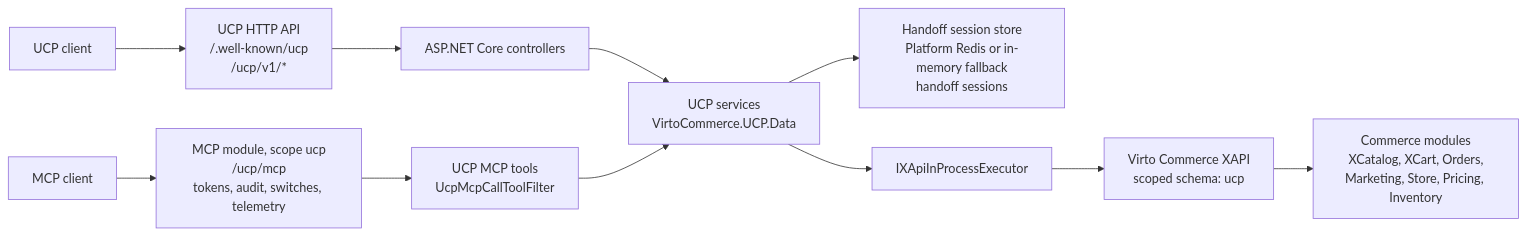
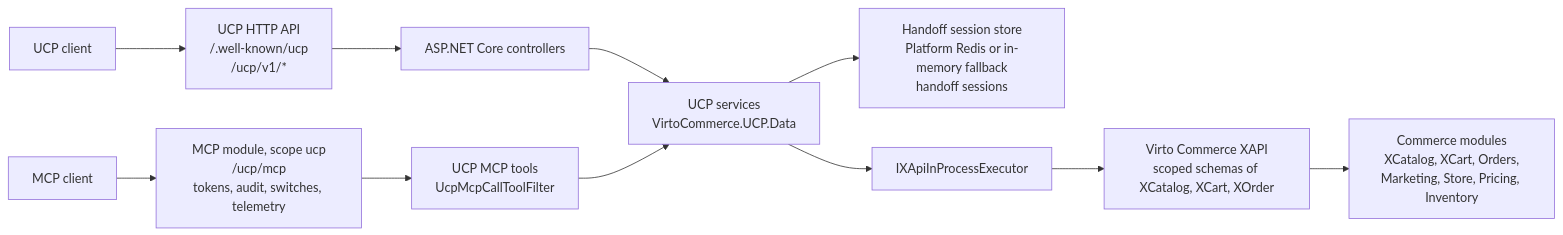
Before and after one commit to VirtoCommerce/vc-module-ucp: the second of 2 diagrams in README.md, drawn with Mermaid. The commit also changed other lines of this file and 20 other files, not shown here.

````diff
--- a/README.md
+++ b/README.md
@@ -511,25 +509,25 @@
 ```mermaid
 flowchart LR
     Client["UCP client"]
     McpClient["MCP client"]
     UcpHttp["UCP HTTP API<br/>/.well-known/ucp<br/>/ucp/v1/*"]
     Mcp["MCP module, scope ucp<br/>/ucp/mcp<br/>tokens, audit, switches, telemetry"]
     Controllers["ASP.NET Core controllers"]
     Tools["UCP MCP tools<br/>UcpMcpCallToolFilter"]
     Services["UCP services<br/>VirtoCommerce.UCP.Data"]
     Cache["Handoff session store<br/>Platform Redis or in-memory fallback<br/>handoff sessions"]
     Executor["IXApiInProcessExecutor"]
-    XApi["Virto Commerce XAPI<br/>scoped schema: ucp"]
+    XApi["Virto Commerce XAPI<br/>scoped schemas of XCatalog, XCart, XOrder"]
     Modules["Commerce modules<br/>XCatalog, XCart, Orders,<br/>Marketing, Store, Pricing, Inventory"]
 
     Client --> UcpHttp
     McpClient --> Mcp
     UcpHttp --> Controllers
     Mcp --> Tools
     Controllers --> Services
     Tools --> Services
     Services --> Cache
     Services --> Executor
     Executor --> XApi
     XApi --> Modules
 ```
````
